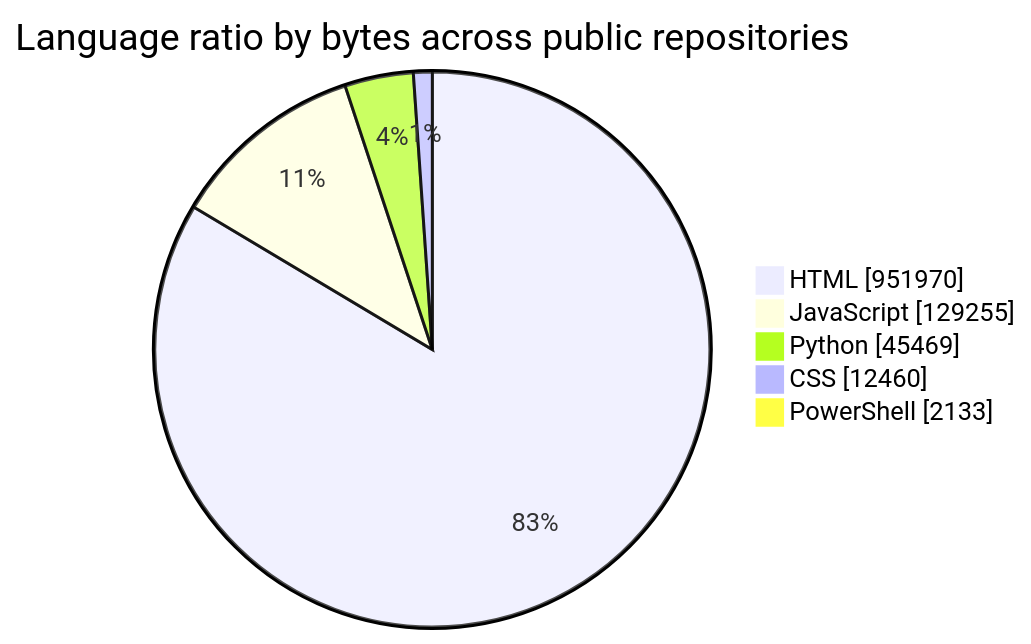
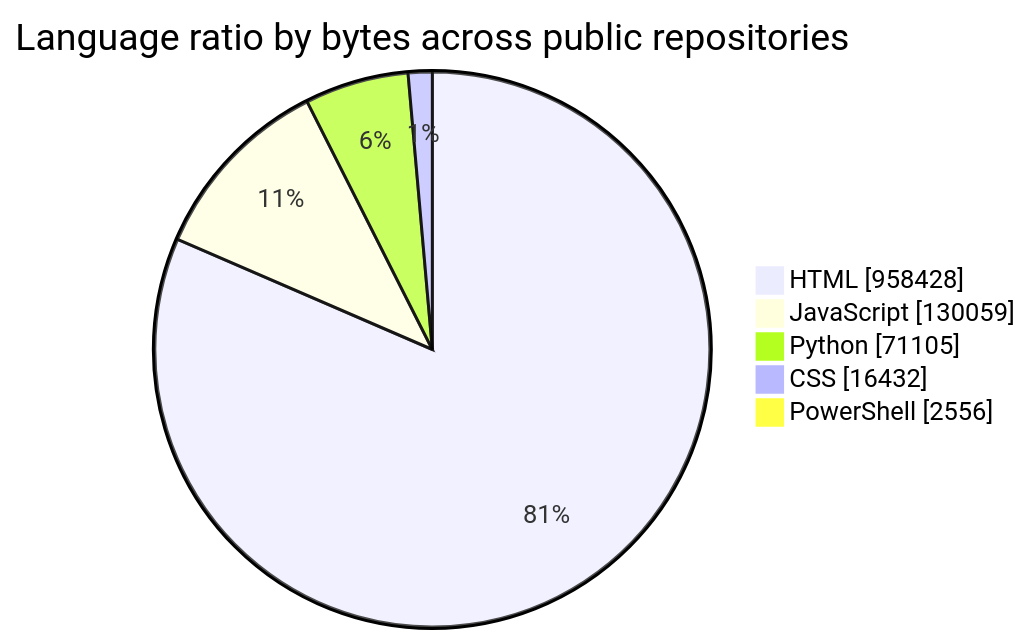
Before and after one commit to tchinso/tchinso: the diagram in README.md, drawn with Mermaid. The commit also changed other lines of this file, not shown here.

````diff
--- a/README.md
+++ b/README.md
@@ -34,9 +34,9 @@
 ```mermaid
 pie showData
     title Language ratio by bytes across public repositories
-    "HTML" : 951970
-    "JavaScript" : 129255
-    "Python" : 45469
-    "CSS" : 12460
-    "PowerShell" : 2133
+    "HTML" : 958428
+    "JavaScript" : 130059
+    "Python" : 71105
+    "CSS" : 16432
+    "PowerShell" : 2556
 ```
````
